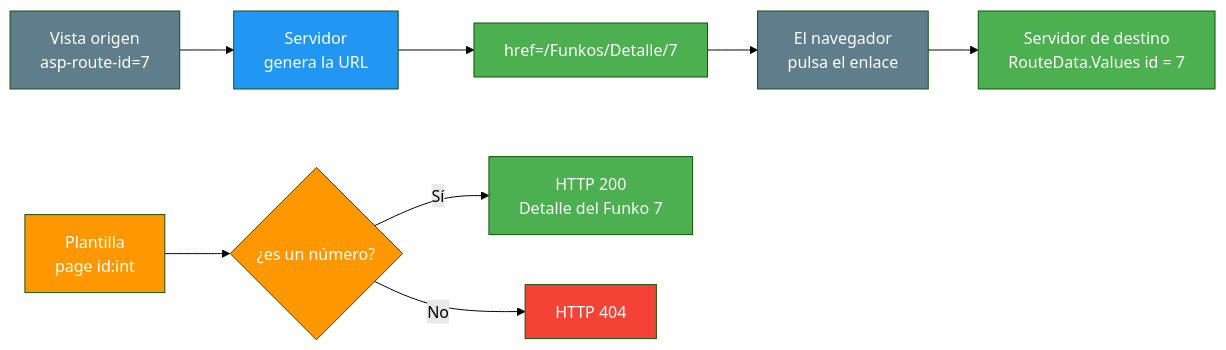
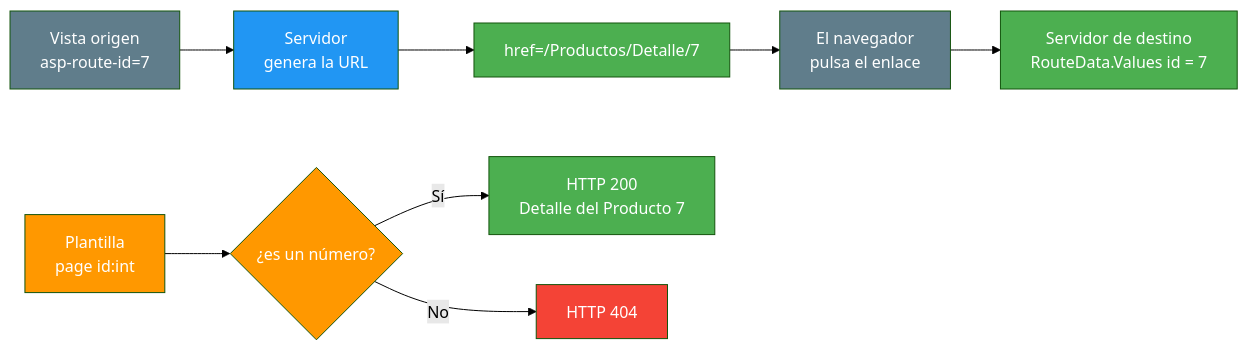
Before and after one commit to joseluisgs/DesarrolloWebEntornosServidor-03-2026-2027: the second of 5 diagrams in 06-taghelpers.md, drawn with Mermaid (forest theme). The commit also changed other lines of this file, not shown here.

Commit message:
fix: revisar 06 segun el esquema de UD02: Resumen sin diagrama, estilo de redaccion y Productos fuera del Reto

````diff
--- a/06-taghelpers.md
+++ b/06-taghelpers.md
@@ -135,21 +137,21 @@
 ```mermaid
 graph LR
     A["Vista origen<br/>asp-route-id=7"] --> B["Servidor<br/>genera la URL"]
-    B --> C["href=/Funkos/Detalle/7"]
+    B --> C["href=/Productos/Detalle/7"]
     C --> D["El navegador<br/>pulsa el enlace"]
     D --> E["Servidor de destino<br/>RouteData.Values id = 7"]
 
     F["Plantilla<br/>page id:int"] --> G{"¿es un número?"}
-    G -->|Sí| H["HTTP 200<br/>Detalle del Funko 7"]
+    G -->|Sí| H["HTTP 200<br/>Detalle del Producto 7"]
     G -->|No| I["HTTP 404"]
 
     style A fill:#607D8B,color:#fff
     style B fill:#2196F3,color:#fff
     style C fill:#4CAF50,color:#fff
     style D fill:#607D8B,color:#fff
     style E fill:#4CAF50,color:#fff
     style F fill:#FF9800,color:#fff
     style G fill:#FF9800,color:#fff
     style H fill:#4CAF50,color:#fff
     style I fill:#f44336,color:#fff
 ```
````
